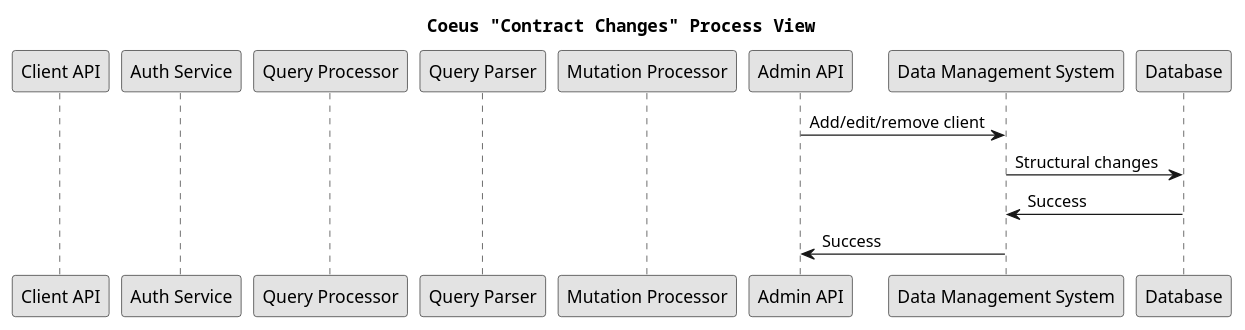
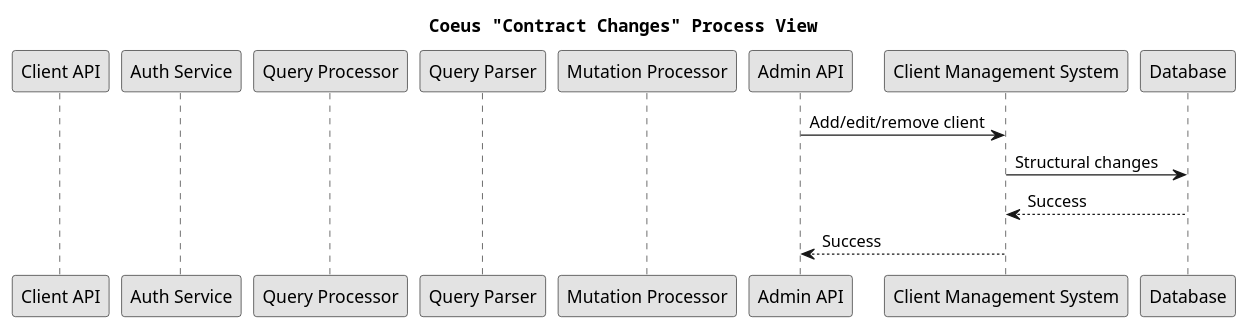
Diagram 17 of 17 in src/sa/model/index.md (USI-MSDE-SA-2022/software-architecture-model-Annonymus-v02), drawn with PlantUML before and after one commit. The commit also changed other lines of this file, not shown here.

````diff
--- a/src/sa/model/index.md
+++ b/src/sa/model/index.md
@@ -791,23 +789,23 @@
 ```puml
 @startuml
 title Coeus "Contract Changes" Process View
 
 participant "Client API" as CAPI
 participant "Auth Service" as AUTH
 participant "Query Processor" as PROC
 participant "Query Parser" as PARSE
 participant "Mutation Processor" as MUT
 participant "Admin API" as ADM_API
-participant "Data Management System" as ADM
+participant "Client Management System" as ADM
 participant "Database" as DB
 
 ADM_API -> ADM: Add/edit/remove client
 ADM -> DB: Structural changes
-ADM <- DB: Success
-ADM_API <- ADM: Success
+ADM <-- DB: Success
+ADM_API <-- ADM: Success
 
 skinparam monochrome true
 skinparam shadowing false
 skinparam defaultFontName Courier
 @enduml
 ```
````
